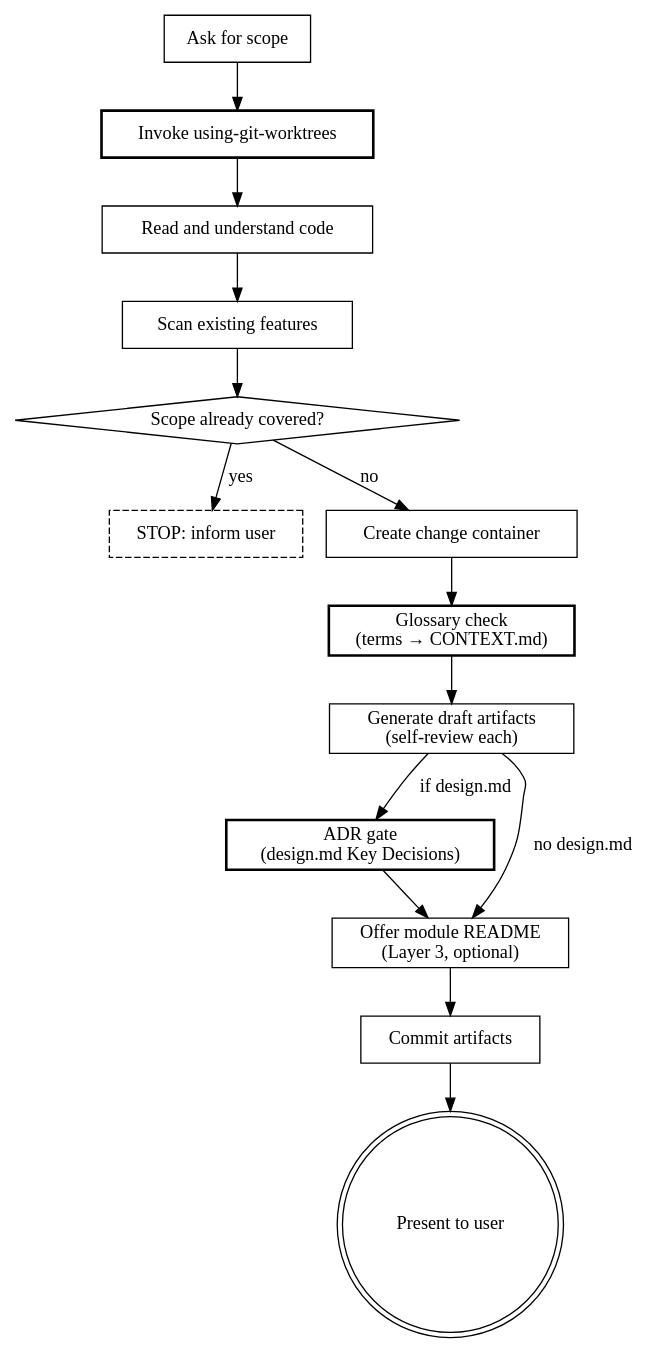
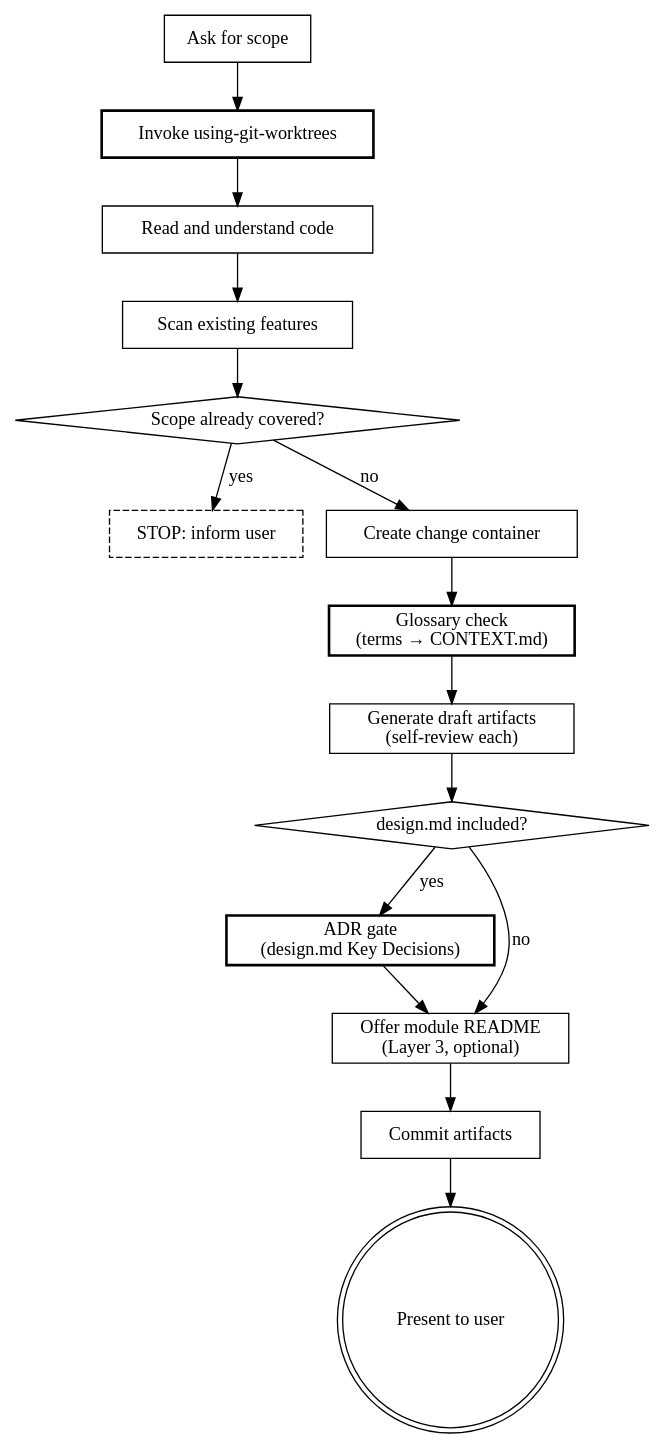
Before and after one commit to kirkchen/beat: the diagram in skills/distill/SKILL.md, drawn with Graphviz. The commit also changed other lines of this file and 32 other files, not shown here.

````diff
--- a/skills/distill/SKILL.md
+++ b/skills/distill/SKILL.md
@@ -88,31 +89,33 @@
 ```dot
 digraph distill {
     "Ask for scope" [shape=box];
     "Invoke using-git-worktrees" [shape=box, style=bold];
     "Read and understand code" [shape=box];
     "Scan existing features" [shape=box];
     "Scope already covered?" [shape=diamond];
     "STOP: inform user" [shape=box, style=dashed];
     "Create change container" [shape=box];
     "Glossary check\n(terms → CONTEXT.md)" [shape=box, style=bold];
     "Generate draft artifacts\n(self-review each)" [shape=box];
+    "design.md included?" [shape=diamond];
     "ADR gate\n(design.md Key Decisions)" [shape=box, style=bold];
     "Offer module README\n(Layer 3, optional)" [shape=box];
     "Commit artifacts" [shape=box];
     "Present to user" [shape=doublecircle];
 
     "Ask for scope" -> "Invoke using-git-worktrees";
     "Invoke using-git-worktrees" -> "Read and understand code";
     "Read and understand code" -> "Scan existing features";
     "Scan existing features" -> "Scope already covered?";
     "Scope already covered?" -> "STOP: inform user" [label="yes"];
     "Scope already covered?" -> "Create change container" [label="no"];
     "Create change container" -> "Glossary check\n(terms → CONTEXT.md)";
     "Glossary check\n(terms → CONTEXT.md)" -> "Generate draft artifacts\n(self-review each)";
-    "Generate draft artifacts\n(self-review each)" -> "ADR gate\n(design.md Key Decisions)" [label="if design.md"];
-    "Generate draft artifacts\n(self-review each)" -> "Offer module README\n(Layer 3, optional)" [label="no design.md"];
+    "Generate draft artifacts\n(self-review each)" -> "design.md included?";
+    "design.md included?" -> "ADR gate\n(design.md Key Decisions)" [label="yes"];
+    "design.md included?" -> "Offer module README\n(Layer 3, optional)" [label="no"];
     "ADR gate\n(design.md Key Decisions)" -> "Offer module README\n(Layer 3, optional)";
     "Offer module README\n(Layer 3, optional)" -> "Commit artifacts";
     "Commit artifacts" -> "Present to user";
 }
 ```
````
